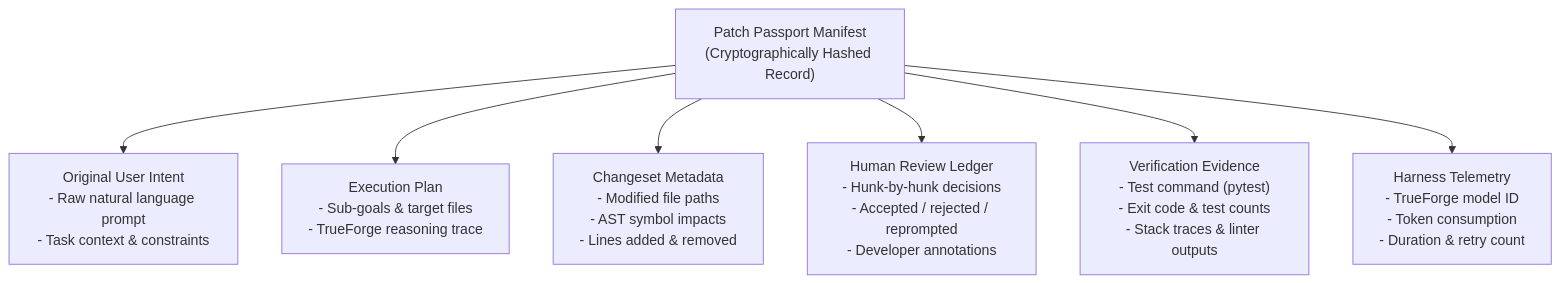
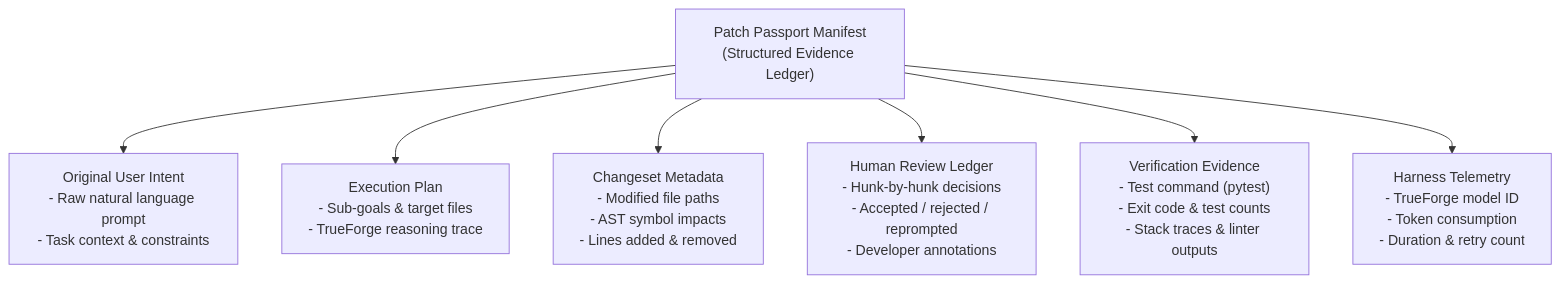
The first of 4 diagrams in README.md (madhura200227/PatchPilot), drawn with Mermaid before and after one commit. The commit also changed other lines of this file and 5 other files, not shown here.

````diff
--- a/README.md
+++ b/README.md
@@ -140,18 +140,18 @@
 ```mermaid
 graph TD
-    Passport["Patch Passport Manifest<br/>(Cryptographically Hashed Record)"]
+    Passport["Patch Passport Manifest<br/>(Structured Evidence Ledger)"]
     
     Prompt["Original User Intent<br/>- Raw natural language prompt<br/>- Task context & constraints"]
     Plan["Execution Plan<br/>- Sub-goals & target files<br/>- TrueForge reasoning trace"]
     Changeset["Changeset Metadata<br/>- Modified file paths<br/>- AST symbol impacts<br/>- Lines added & removed"]
     Decisions["Human Review Ledger<br/>- Hunk-by-hunk decisions<br/>- Accepted / rejected / reprompted<br/>- Developer annotations"]
     Evidence["Verification Evidence<br/>- Test command (pytest)<br/>- Exit code & test counts<br/>- Stack traces & linter outputs"]
     Telemetry["Harness Telemetry<br/>- TrueForge model ID<br/>- Token consumption<br/>- Duration & retry count"]
 
     Passport --> Prompt
     Passport --> Plan
     Passport --> Changeset
     Passport --> Decisions
     Passport --> Evidence
     Passport --> Telemetry
 ```
````
